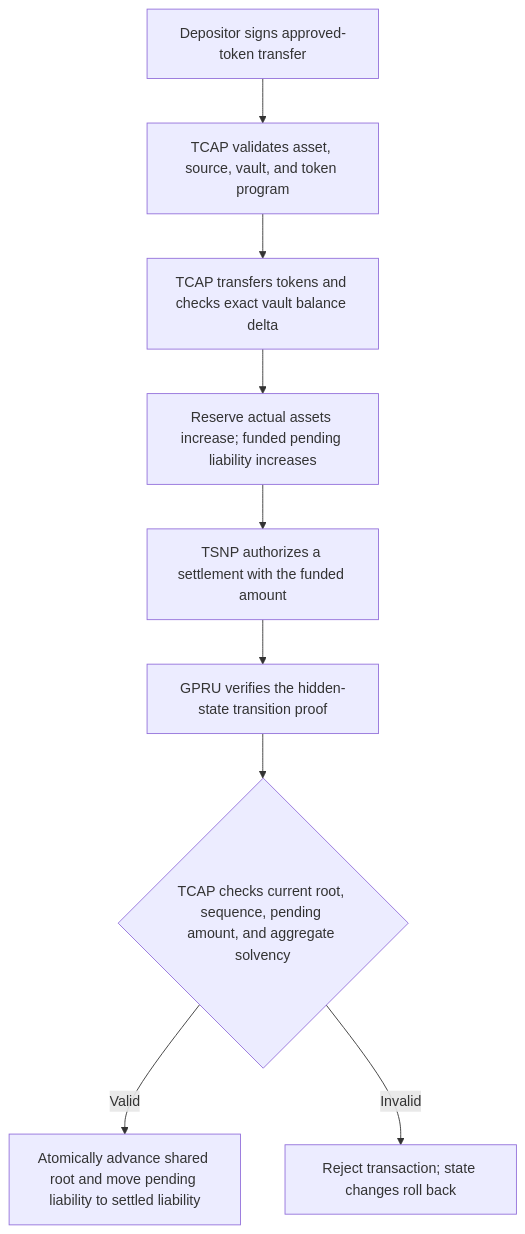
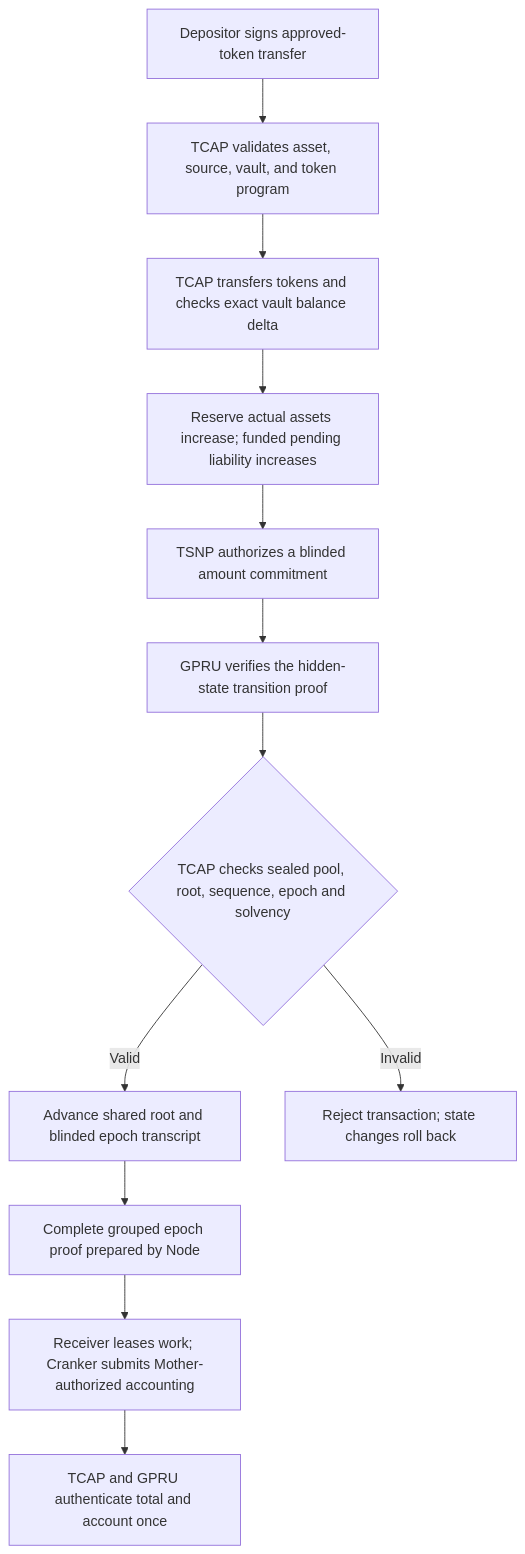
One commit to bigdreamsweb3/trustlink-pay changed the diagram in docs/TCAP-FUND-PROTECTION.md. Above: the diagram before and after it, drawn with Mermaid. The commit also changed other lines of this file and 232 other files, not shown here.

````diff
--- a/docs/TCAP-FUND-PROTECTION.md
+++ b/docs/TCAP-FUND-PROTECTION.md
@@ -9,11 +9,14 @@
 ```mermaid
 flowchart TD
     A[Depositor signs approved-token transfer] --> B[TCAP validates asset, source, vault, and token program]
     B --> C[TCAP transfers tokens and checks exact vault balance delta]
     C --> D[Reserve actual assets increase; funded pending liability increases]
-    D --> E[TSNP authorizes a settlement with the funded amount]
+    D --> E[TSNP authorizes a blinded amount commitment]
     E --> F[GPRU verifies the hidden-state transition proof]
-    F --> G{TCAP checks current root, sequence, pending amount, and aggregate solvency}
-    G -->|Valid| H[Atomically advance shared root and move pending liability to settled liability]
+    F --> G{TCAP checks sealed pool, root, sequence, epoch and solvency}
+    G -->|Valid| H[Advance shared root and blinded epoch transcript]
+    H --> J[Complete grouped epoch proof prepared by Node]
+    J --> K[Receiver leases work; Cranker submits Mother-authorized accounting]
+    K --> L[TCAP and GPRU authenticate total and account once]
     G -->|Invalid| I[Reject transaction; state changes roll back]
 ```
````
